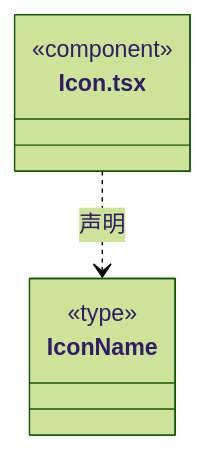
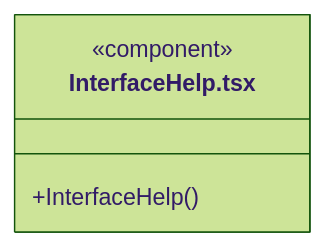
The eighth of 15 diagrams in src/view/components/ARCHITECTURE.md (nan023062/cbim), drawn with Mermaid (forest theme) before and after one commit. The commit also changed other lines of this file and 153 other files, not shown here.

````diff
--- a/src/view/components/ARCHITECTURE.md
+++ b/src/view/components/ARCHITECTURE.md
@@ -68,11 +113,7 @@
 ```mermaid
 classDiagram
-class N_src_view_components_Icon_tsx["Icon.tsx"] {
+class N_src_view_components_InterfaceHelp_tsx["InterfaceHelp.tsx"] {
   <<component>>
+  +InterfaceHelp()
 }
-class N_src_view_components_Icon_tsx_IconName["IconName"] {
-  <<type>>
-
-}
-N_src_view_components_Icon_tsx ..> N_src_view_components_Icon_tsx_IconName : 声明
 ```
````
